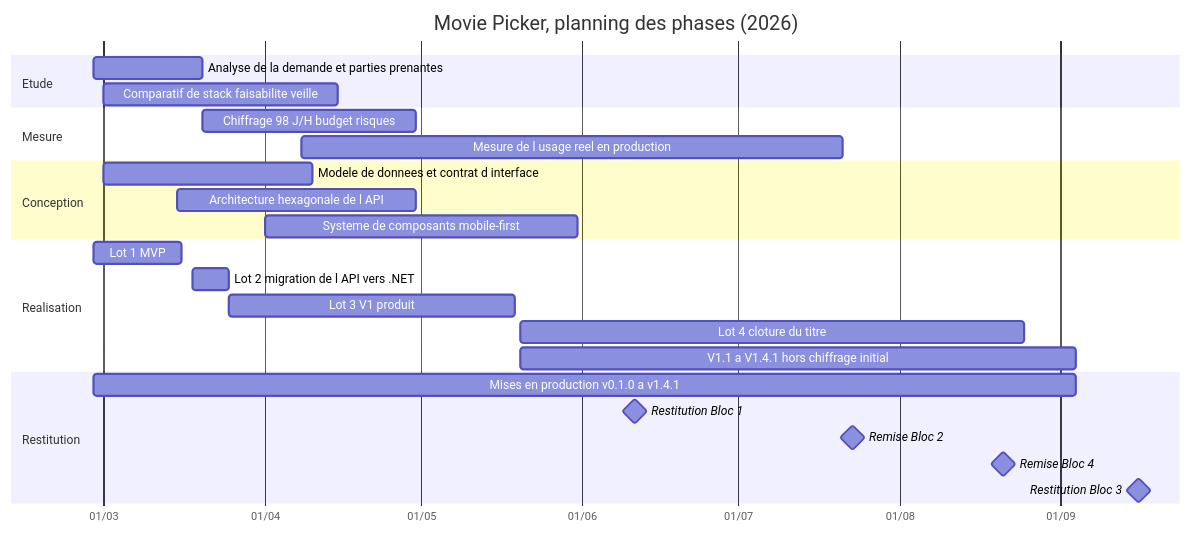
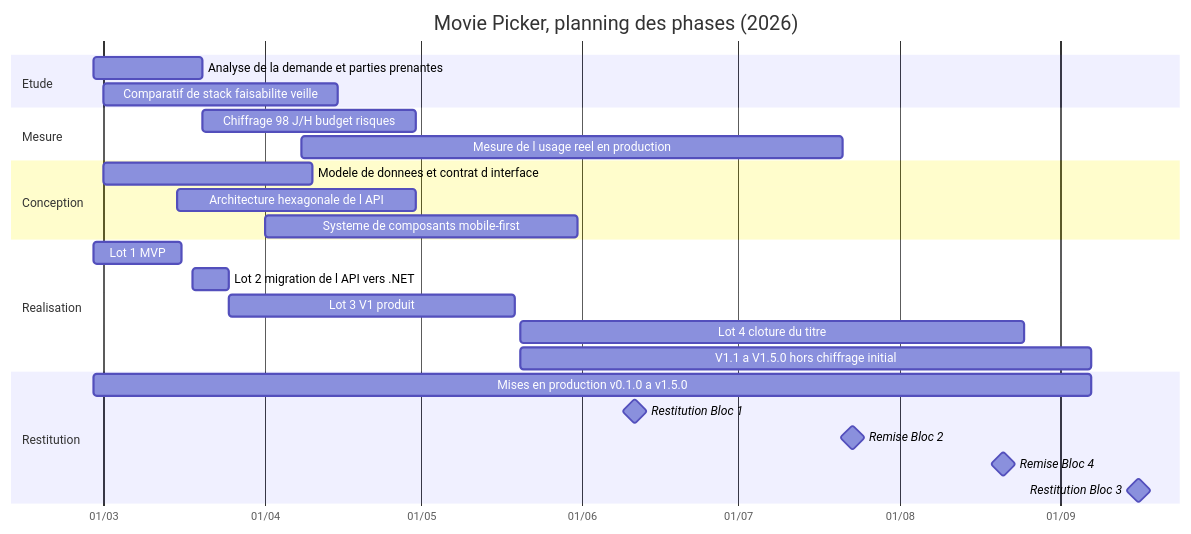
One commit to Affy657/Movie-Picker changed the diagram in docs/RNCP/bloc-3-coordination-pilotage/01-planification.md. Above: the diagram before and after it, drawn with Mermaid. The commit also changed other lines of this file and 6 other files, not shown here.

````diff
--- a/docs/RNCP/bloc-3-coordination-pilotage/01-planification.md
+++ b/docs/RNCP/bloc-3-coordination-pilotage/01-planification.md
@@ -109,34 +109,34 @@
 ```mermaid
 gantt
     title Movie Picker, planning des phases (2026)
     dateFormat YYYY-MM-DD
     axisFormat %d/%m
     todayMarker off
 
     section Etude
     Analyse de la demande et parties prenantes  :2026-02-27, 21d
     Comparatif de stack faisabilite veille      :2026-03-01, 45d
 
     section Mesure
     Chiffrage 98 J/H budget risques             :2026-03-20, 41d
     Mesure de l usage reel en production        :2026-04-08, 104d
 
     section Conception
     Modele de donnees et contrat d interface    :2026-03-01, 40d
     Architecture hexagonale de l API            :2026-03-15, 46d
     Systeme de composants mobile-first          :2026-04-01, 60d
 
     section Realisation
     Lot 1 MVP                                   :2026-02-27, 17d
     Lot 2 migration de l API vers .NET          :2026-03-18, 7d
     Lot 3 V1 produit                            :2026-03-25, 55d
     Lot 4 cloture du titre                      :2026-05-20, 97d
-    V1.1 a V1.4.1 hors chiffrage initial        :2026-05-20, 107d
+    V1.1 a V1.5.0 hors chiffrage initial        :2026-05-20, 110d
 
     section Restitution
-    Mises en production v0.1.0 a v1.4.1         :2026-02-27, 189d
+    Mises en production v0.1.0 a v1.5.0         :2026-02-27, 192d
     Restitution Bloc 1                         :milestone, 2026-06-11, 0d
     Remise Bloc 2                              :milestone, 2026-07-23, 0d
     Remise Bloc 4                              :milestone, 2026-08-21, 0d
     Restitution Bloc 3                         :milestone, 2026-09-16, 0d
 ```
````
